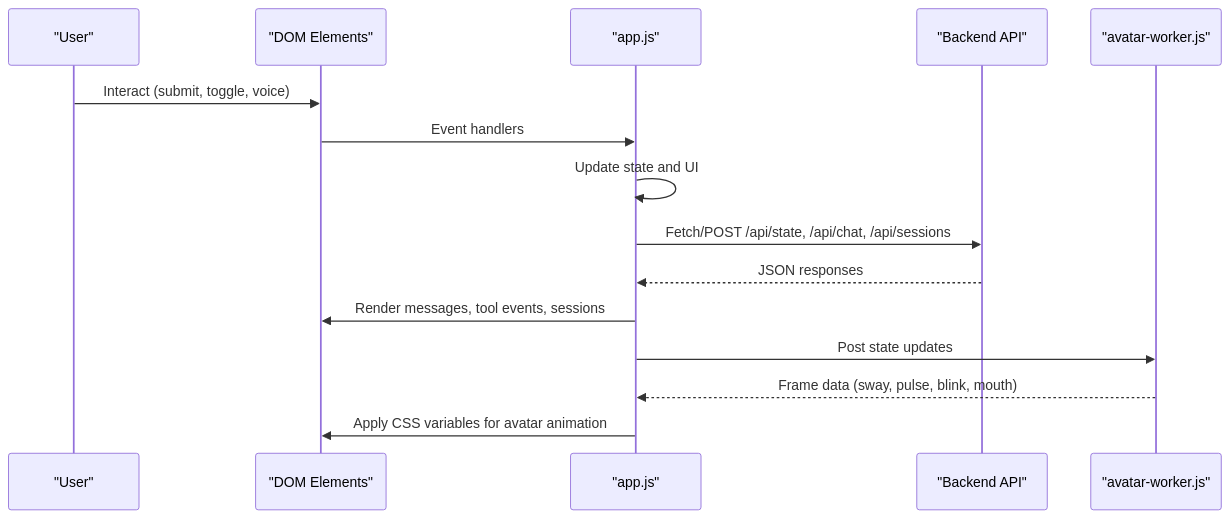
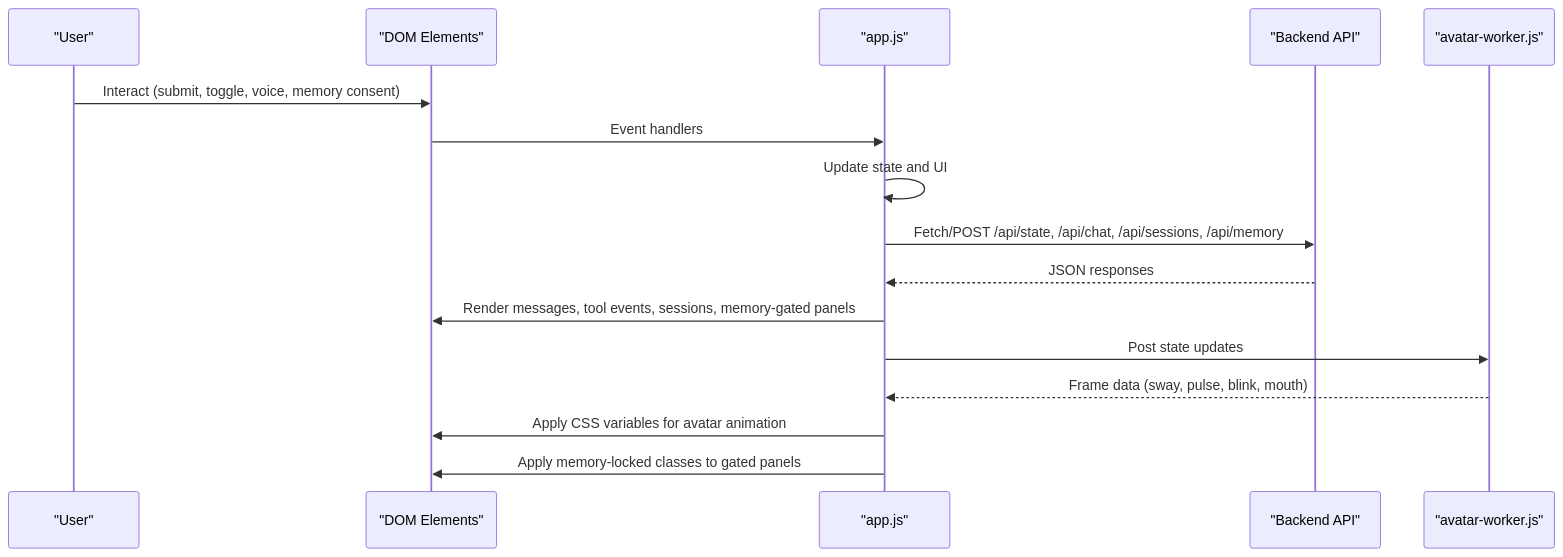
Before and after one commit to Sovetsky-Soyuz/AI-Assistant: the second of 6 diagrams in .qoder/repowiki/en/content/System Architecture/Frontend Architecture.md, drawn with Mermaid. The commit also changed other lines of this file and 15 other files, not shown here.

````diff
--- a/.qoder/repowiki/en/content/System Architecture/Frontend Architecture.md
+++ b/.qoder/repowiki/en/content/System Architecture/Frontend Architecture.md
@@ -83,17 +96,18 @@
 ```mermaid
 sequenceDiagram
 participant U as "User"
 participant DOM as "DOM Elements"
 participant APP as "app.js"
 participant API as "Backend API"
 participant W as "avatar-worker.js"
-U->>DOM : Interact (submit, toggle, voice)
+U->>DOM : Interact (submit, toggle, voice, memory consent)
 DOM->>APP : Event handlers
 APP->>APP : Update state and UI
-APP->>API : Fetch/POST /api/state, /api/chat, /api/sessions
+APP->>API : Fetch/POST /api/state, /api/chat, /api/sessions, /api/memory
 API-->>APP : JSON responses
-APP->>DOM : Render messages, tool events, sessions
+APP->>DOM : Render messages, tool events, sessions, memory-gated panels
 APP->>W : Post state updates
 W-->>APP : Frame data (sway, pulse, blink, mouth)
 APP->>DOM : Apply CSS variables for avatar animation
+APP->>DOM : Apply memory-locked classes to gated panels
 ```
````
